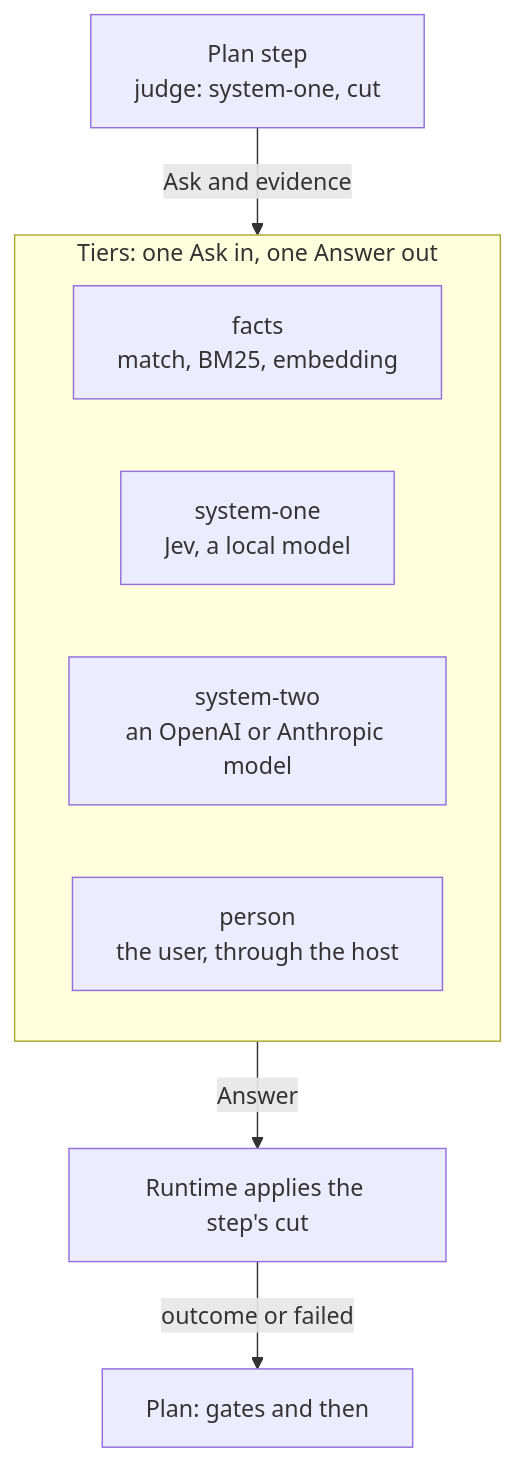
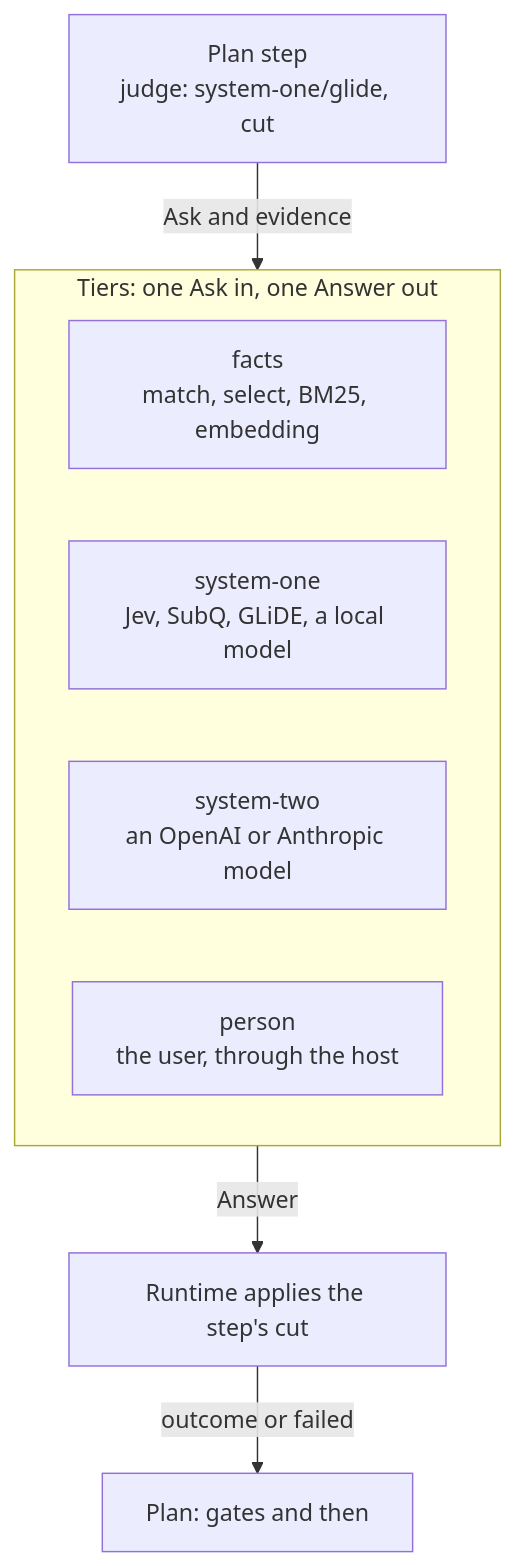
The sixth of 7 diagrams in docs/plans/pluggability.md (StevenJPx2/chauffeur), drawn with Mermaid before and after one commit. The commit also changed other lines of this file and 1 other file, not shown here.

First line of the commit message:
docs(plans): generic strategies, per-step provider choice, strategy viewer

````diff
--- a/docs/plans/pluggability.md
+++ b/docs/plans/pluggability.md
@@ -244,12 +252,12 @@
 ```mermaid
 flowchart TB
-    Step["Plan step<br/>judge: system-one, cut"] -- "Ask and evidence" --> Tiers
+    Step["Plan step<br/>judge: system-one/glide, cut"] -- "Ask and evidence" --> Tiers
     subgraph Tiers["Tiers: one Ask in, one Answer out"]
-        Facts["facts<br/>match, BM25, embedding"]
-        S1["system-one<br/>Jev, a local model"]
+        Facts["facts<br/>match, select, BM25, embedding"]
+        S1["system-one<br/>Jev, SubQ, GLiDE, a local model"]
         S2["system-two<br/>an OpenAI or Anthropic model"]
         Person["person<br/>the user, through the host"]
     end
     Tiers -- "Answer" --> Cut["Runtime applies the step's cut"]
     Cut -- "outcome or failed" --> Plan["Plan: gates and then"]
 ```
````
